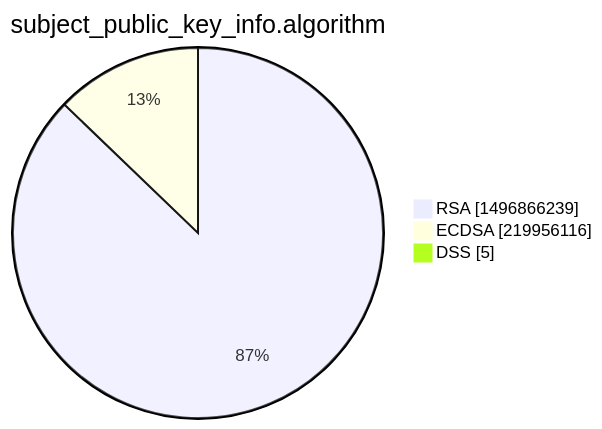
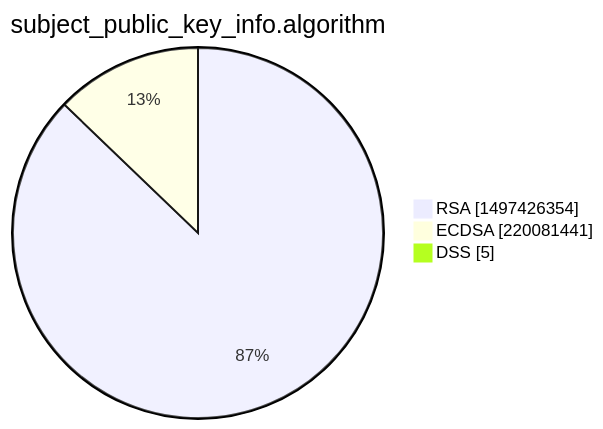
One commit to christiankrug/ctmonitor_visualization changed the third of 15 diagrams in xenon2022/README.md. Above: the diagram before and after it, drawn with Mermaid. The commit also changed other lines of this file, not shown here.

````diff
--- a/xenon2022/README.md
+++ b/xenon2022/README.md
@@ -14,7 +14,7 @@
 ```mermaid
 pie showData
 title subject_public_key_info.algorithm
-"RSA" :1496866239
-"ECDSA" :219956116
+"RSA" :1497426354
+"ECDSA" :220081441
 "DSS" :5
 ```
````
